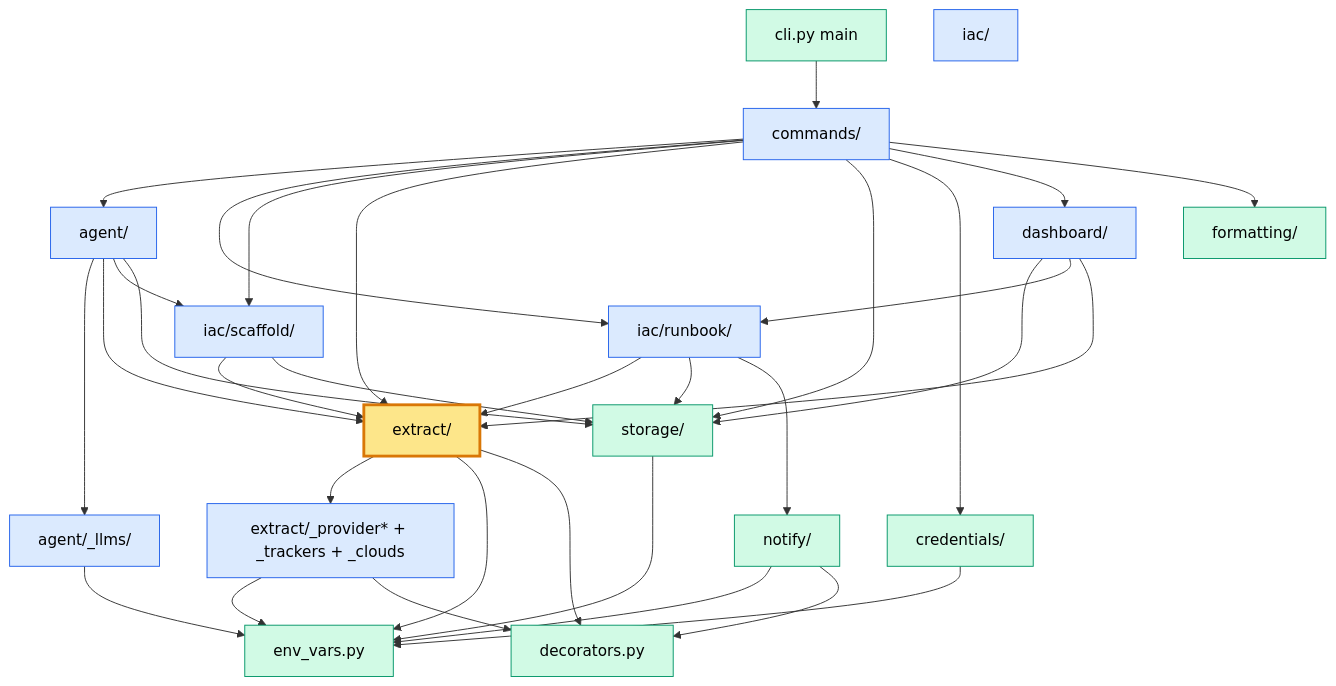
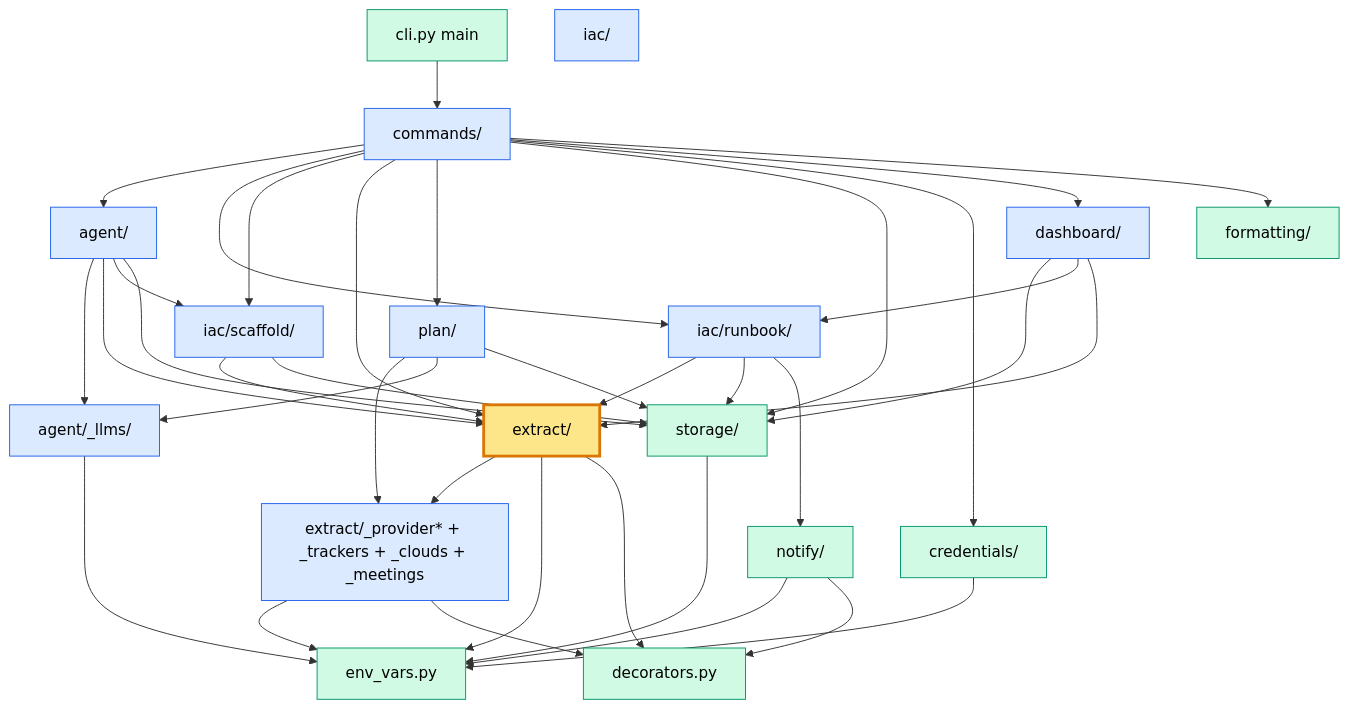
The first of 7 diagrams in ARCHITECTURE_DEEP.md (iklobato/briar), drawn with Mermaid before and after one commit. The commit also changed other lines of this file and 15 other files, not shown here.

````diff
--- a/ARCHITECTURE_DEEP.md
+++ b/ARCHITECTURE_DEEP.md
@@ -19,65 +19,71 @@
 ```mermaid
 flowchart TB
   classDef pkg fill:#dbeafe,stroke:#2563eb,color:#000
   classDef leaf fill:#d1fae5,stroke:#059669,color:#000
   classDef hub fill:#fde68a,stroke:#d97706,stroke-width:3px,color:#000
 
   cli[cli.py main]:::leaf
   cmd[commands/]:::pkg
   agentpkg[agent/]:::pkg
   iac[iac/]:::pkg
   iac_scaff[iac/scaffold/]:::pkg
   iac_run[iac/runbook/]:::pkg
   extr[extract/]:::hub
-  prov[extract/_provider* + _trackers + _clouds]:::pkg
+  prov[extract/_provider* + _trackers + _clouds + _meetings]:::pkg
+  plan[plan/]:::pkg
   store[storage/]:::leaf
   cred[credentials/]:::leaf
   notify[notify/]:::leaf
   dash[dashboard/]:::pkg
   fmt[formatting/]:::leaf
   envv[env_vars.py]:::leaf
   llms[agent/_llms/]:::pkg
   deco[decorators.py]:::leaf
 
   cli --> cmd
   cmd --> agentpkg
   cmd --> iac_run
   cmd --> iac_scaff
   cmd --> extr
+  cmd --> plan
   cmd --> store
   cmd --> cred
   cmd --> dash
   cmd --> fmt
+
+  plan --> prov
+  plan --> llms
+  plan --> store
 
   agentpkg --> llms
   agentpkg --> extr
   agentpkg --> iac_scaff
   agentpkg --> store
 
   iac_scaff --> extr
   iac_scaff --> store
 
   iac_run --> extr
   iac_run --> store
   iac_run --> notify
 
   extr --> prov
   extr --> envv
   extr --> deco
 
   prov --> envv
   prov --> deco
 
   llms --> envv
 
   notify --> envv
   notify --> deco
 
   cred --> envv
 
   dash --> store
   dash --> iac_run
   dash --> extr
 
   store --> envv
 ```
````
